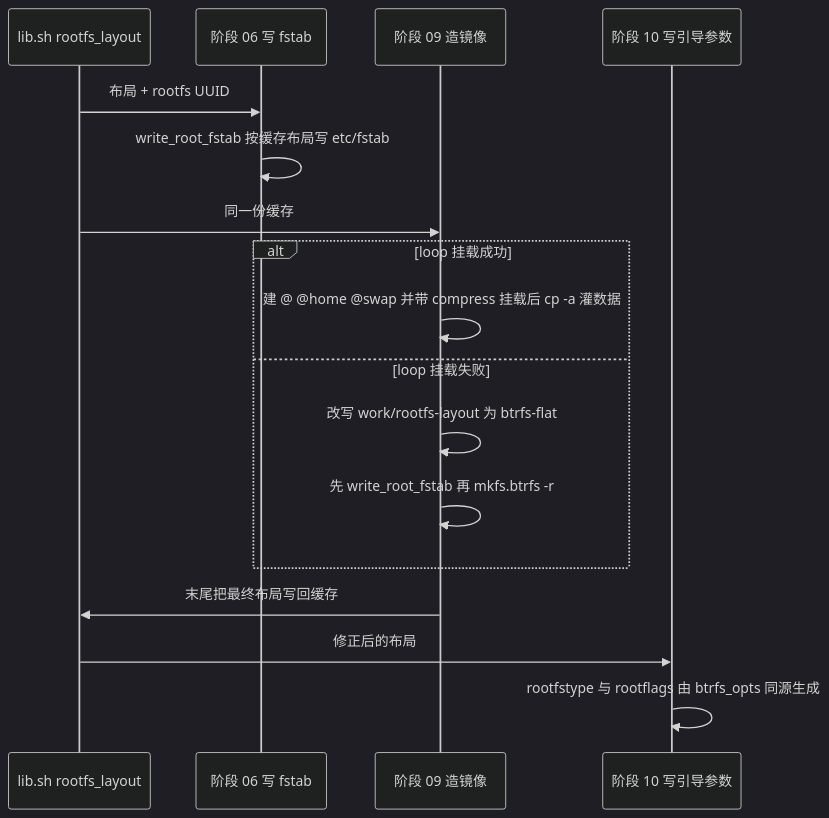
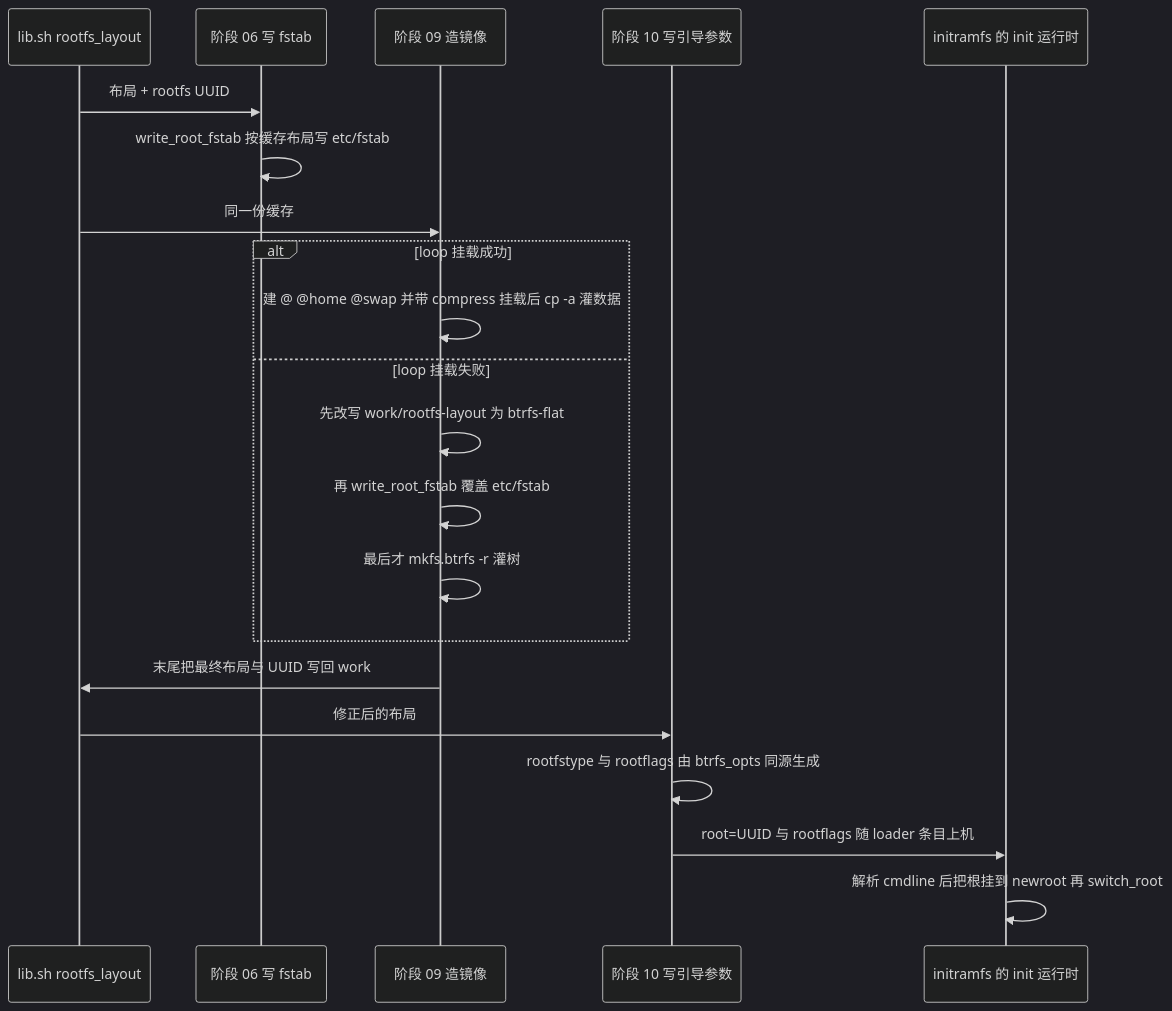
Before and after one commit to Winter21c/archlinux-xiaomi-raphael: the second of 3 diagrams in openwiki/concepts/rootfs-layout-and-fstab.md, drawn with Mermaid (dark theme). The commit also changed other lines of this file and 17 other files, not shown here.

````diff
--- a/openwiki/concepts/rootfs-layout-and-fstab.md
+++ b/openwiki/concepts/rootfs-layout-and-fstab.md
@@ -59,19 +74,23 @@
 ```mermaid
 sequenceDiagram
   participant L as lib.sh rootfs_layout
   participant S06 as 阶段 06 写 fstab
   participant S09 as 阶段 09 造镜像
   participant S10 as 阶段 10 写引导参数
+  participant R as initramfs 的 init 运行时
   L->>S06: 布局 + rootfs UUID
   S06->>S06: write_root_fstab 按缓存布局写 etc/fstab
   L->>S09: 同一份缓存
   alt loop 挂载成功
     S09->>S09: 建 @ @home @swap 并带 compress 挂载后 cp -a 灌数据
   else loop 挂载失败
-    S09->>S09: 改写 work/rootfs-layout 为 btrfs-flat
-    S09->>S09: 先 write_root_fstab 再 mkfs.btrfs -r
+    S09->>S09: 先改写 work/rootfs-layout 为 btrfs-flat
+    S09->>S09: 再 write_root_fstab 覆盖 etc/fstab
+    S09->>S09: 最后才 mkfs.btrfs -r 灌树
   end
-  S09->>L: 末尾把最终布局写回缓存
+  S09->>L: 末尾把最终布局与 UUID 写回 work
   L->>S10: 修正后的布局
   S10->>S10: rootfstype 与 rootflags 由 btrfs_opts 同源生成
+  S10->>R: root=UUID 与 rootflags 随 loader 条目上机
+  R->>R: 解析 cmdline 后把根挂到 newroot 再 switch_root
 ```
````
